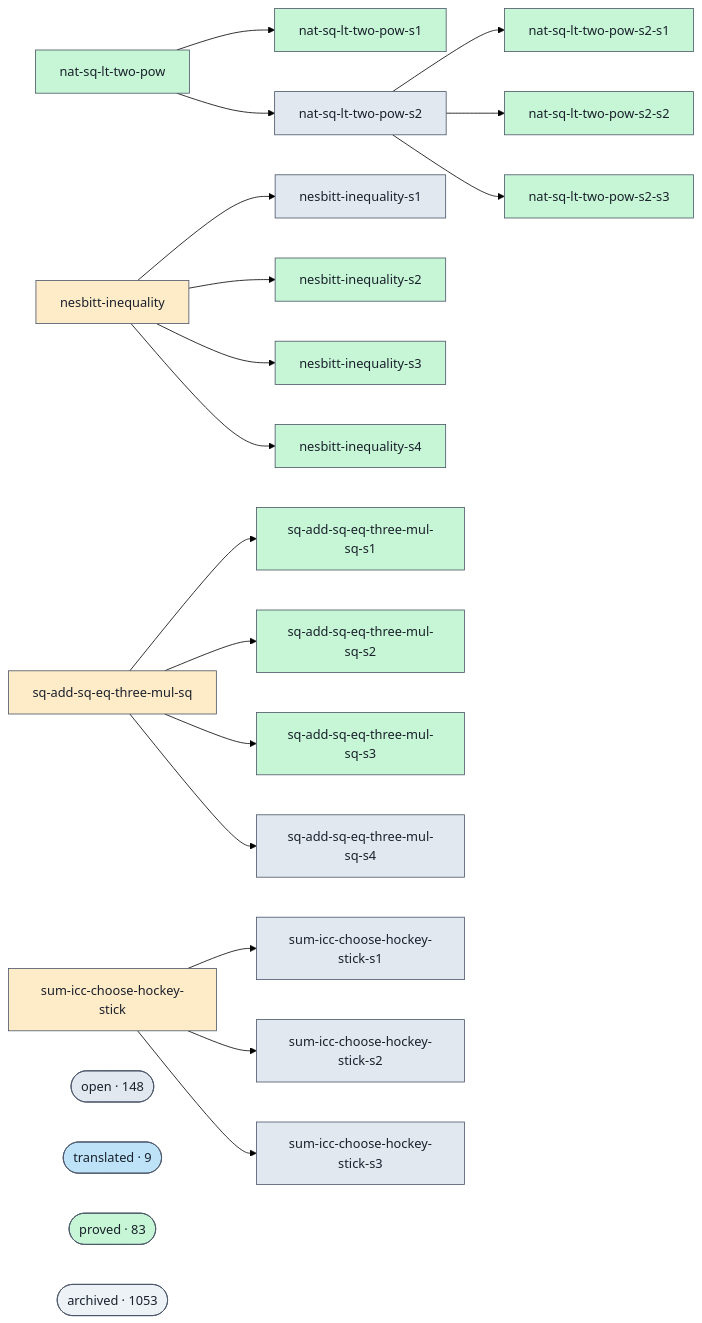
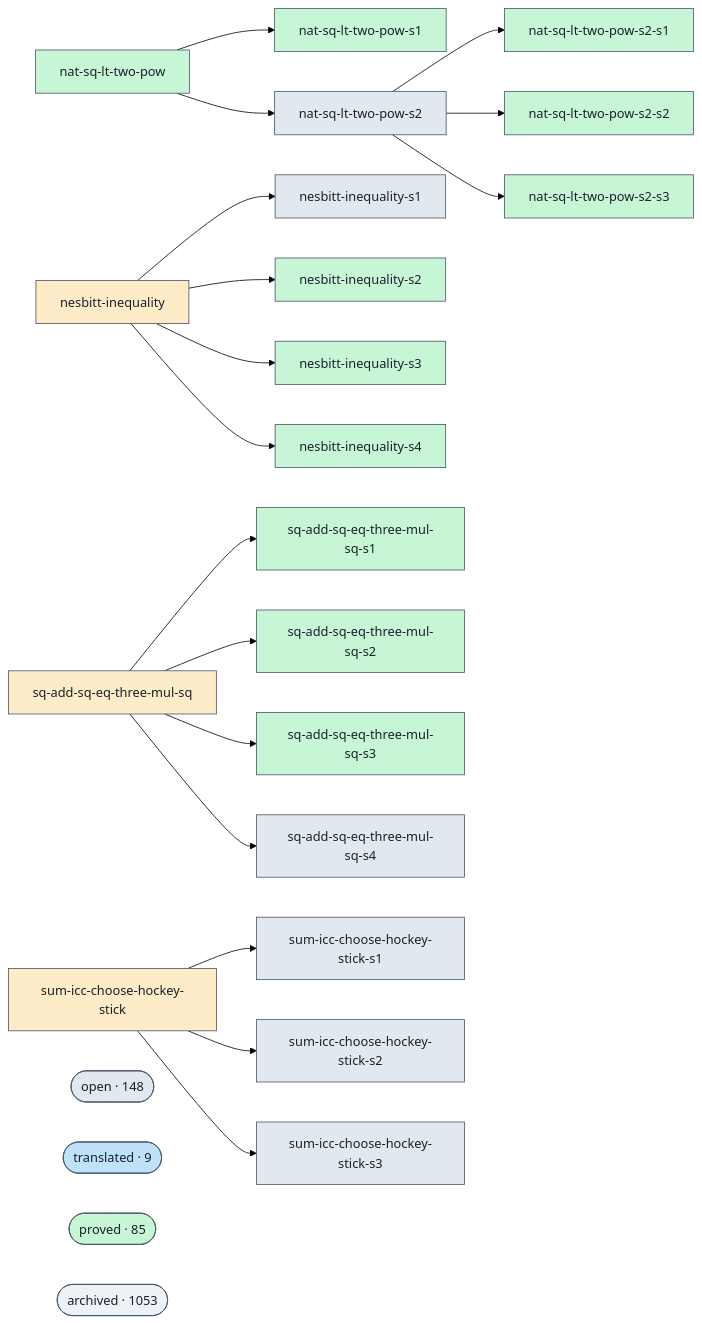
The diagram in docs/proofs-contributors-visualisation.md (ohdearquant/unsorry), drawn with Mermaid (forest theme) before and after one commit. The commit also changed other lines of this file and 2 other files, not shown here.

```diff
--- a/docs/proofs-contributors-visualisation.md
+++ b/docs/proofs-contributors-visualisation.md
@@ -102,7 +102,7 @@
   class cluster_open open;
   cluster_translated(["translated · 9"])
   class cluster_translated translated;
-  cluster_proved(["proved · 83"])
+  cluster_proved(["proved · 85"])
   class cluster_proved proved;
   cluster_archived(["archived · 1053"])
   class cluster_archived unknown;
```
